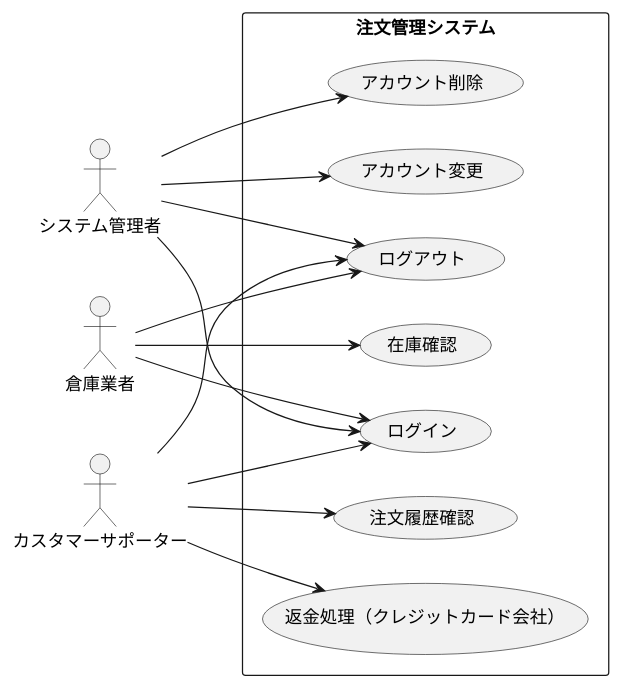
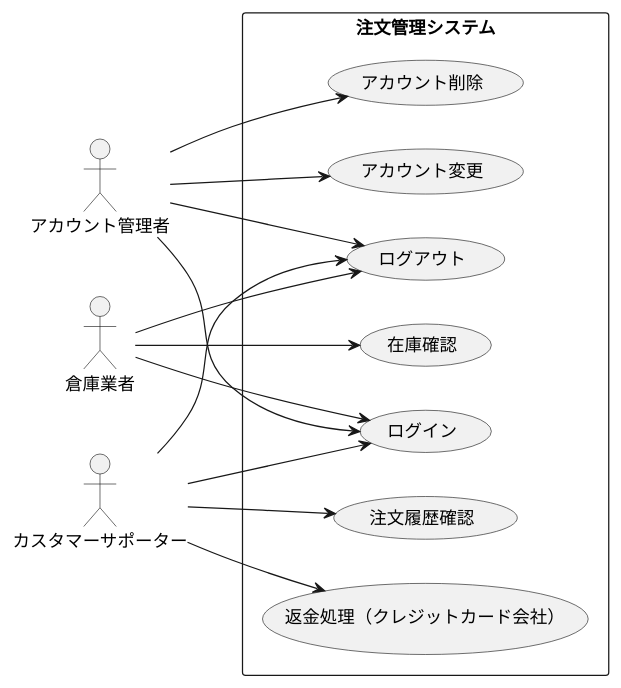
The diagram in group/3-3_総合演習1_BBショップ注文管理システム/ユースケース図/usecase_kanri.pu (ko246/ohara_uml), drawn with PlantUML before and after one commit. The commit also changed 2 other files, not shown here.

Commit message:
クラス図（仮）ドメインモデル図、ユースケース図変更

```diff
--- a/group/3-3_総合演習1_BBショップ注文管理システム/ユースケース図/usecase_kanri.pu
+++ b/group/3-3_総合演習1_BBショップ注文管理システム/ユースケース図/usecase_kanri.pu
@@ -1,36 +1,36 @@
 @startuml 注文管理システム
 left to right direction
 
 ' アクター定義
-actor システム管理者
+actor アカウント管理者
 actor 倉庫業者
 actor カスタマーサポーター
 
 rectangle 注文管理システム {
   usecase "ログイン" as UC_Login
   usecase "ログアウト" as UC_Logout
   usecase "注文履歴確認" as UC_CheckHistory
   usecase "在庫確認" as UC_CheckStock
   usecase "返金処理（クレジットカード会社）" as UC_Refund
   usecase "アカウント変更" as UC_UpdateAccount
   usecase "アカウント削除" as UC_DeleteAccount
 }
 
 ' システム管理者のユースケース
-システム管理者 --> UC_Login
-システム管理者 --> UC_Logout
-システム管理者 --> UC_UpdateAccount
-システム管理者 --> UC_DeleteAccount
+アカウント管理者 --> UC_Login
+アカウント管理者 --> UC_Logout
+アカウント管理者 --> UC_UpdateAccount
+アカウント管理者 --> UC_DeleteAccount
 
 ' カスタマーサポーターのユースケース
 カスタマーサポーター --> UC_Login
 カスタマーサポーター --> UC_Logout
 カスタマーサポーター --> UC_CheckHistory
 カスタマーサポーター --> UC_Refund
 
 ' 配送業者のユースケース
 倉庫業者 --> UC_Login
 倉庫業者 --> UC_Logout
 倉庫業者 --> UC_CheckStock
 
 @enduml
```
